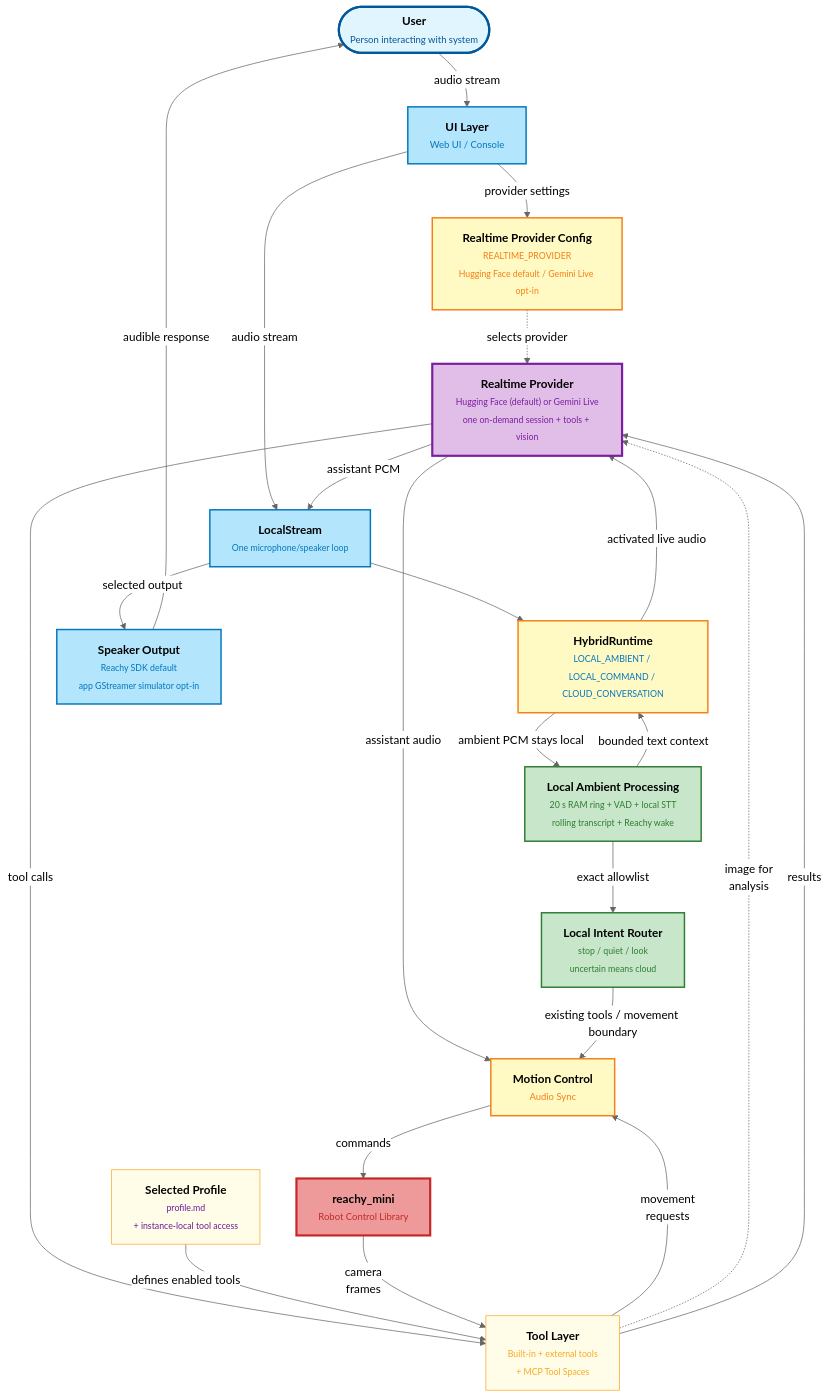
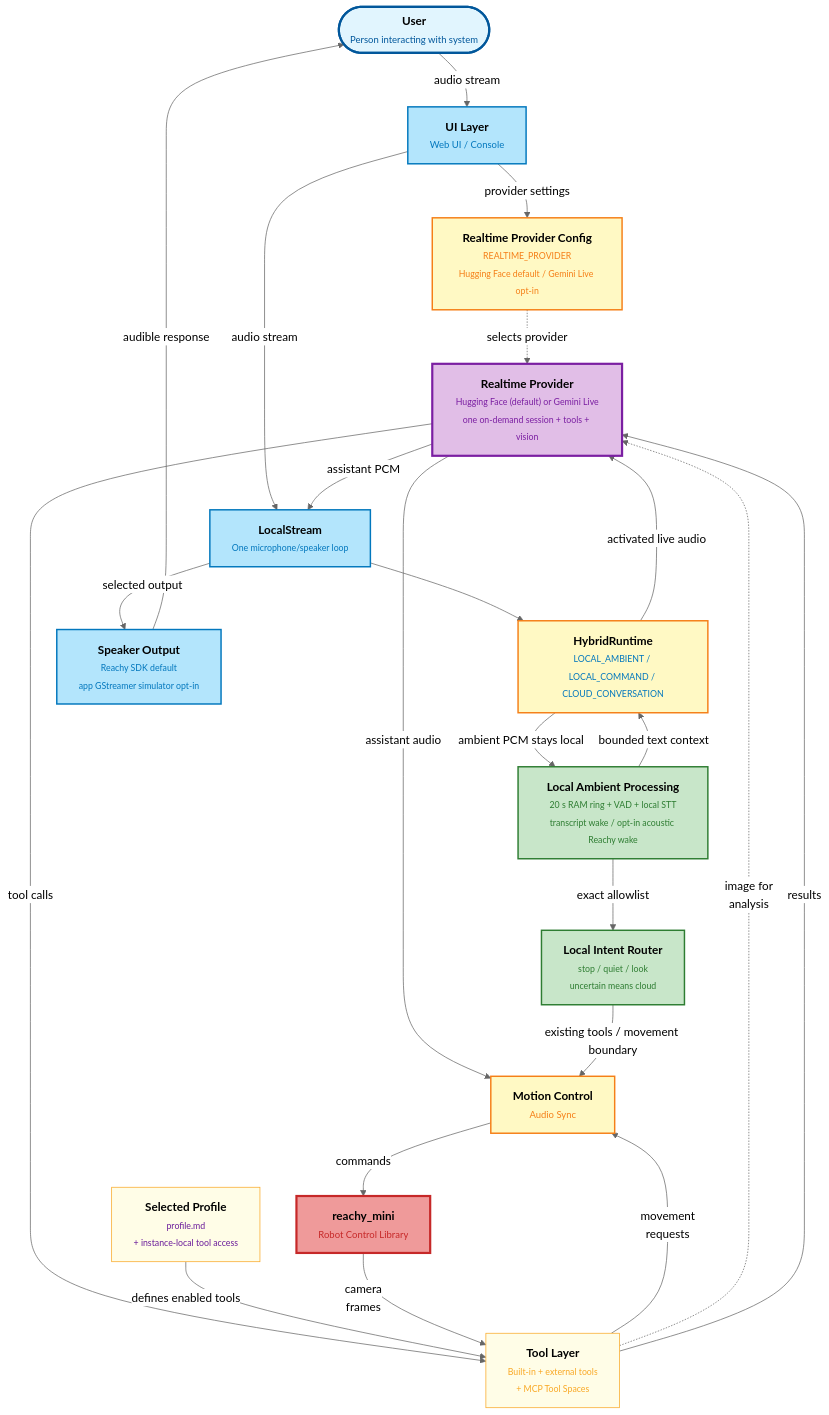
Before and after one commit to eduardoyi/reachy_mini_conversation_app: the diagram in docs/scheme.mmd, drawn with Mermaid (neutral theme). The commit also changed 47 other files, not shown here.

```diff
--- a/docs/scheme.mmd
+++ b/docs/scheme.mmd
@@ -1,84 +1,84 @@
 ---
 config:
   layout: dagre
   flowchart:
     htmlLabels: true
 ---
 flowchart TB
     User(["<span style='font-size:16px;font-weight:bold;'>User</span><br><span style='font-size:13px;color:#01579b;'>Person interacting with system</span>"])
       -- audio stream -->
     UI@{ label: "<span style='font-size:16px;font-weight:bold;'>UI Layer</span><br><span style='font-size:13px;color:#0277bd;'>Web UI / Console</span>" }
 
     Config@{ label: "<span style='font-size:16px;font-weight:bold;'>Realtime Provider Config</span><br><span style='font-size:12px;color:#f57f17;'>REALTIME_PROVIDER<br/>Hugging Face default / Gemini Live opt-in</span>" }
 
     UI -- provider settings -->
     Config
 
     UI -- audio stream -->
     Stream@{ label: "<span style='font-size:16px;font-weight:bold;'>LocalStream</span><br><span style='font-size:12px;color:#0277bd;'>One microphone/speaker loop</span>" }
 
     Stream --> Hybrid@{ label: "<span style='font-size:16px;font-weight:bold;'>HybridRuntime</span><br><span style='font-size:12px;color:#0277bd;'>LOCAL_AMBIENT / LOCAL_COMMAND / CLOUD_CONVERSATION</span>" }
 
-    Hybrid -- ambient PCM stays local --> LocalAudio@{ label: "<span style='font-size:16px;font-weight:bold;'>Local Ambient Processing</span><br><span style='font-size:12px;color:#2e7d32;'>20 s RAM ring + VAD + local STT<br/>rolling transcript + Reachy wake</span>" }
+    Hybrid -- ambient PCM stays local --> LocalAudio@{ label: "<span style='font-size:16px;font-weight:bold;'>Local Ambient Processing</span><br><span style='font-size:12px;color:#2e7d32;'>20 s RAM ring + VAD + local STT<br/>transcript wake / opt-in acoustic Reachy wake</span>" }
 
     LocalAudio -- exact allowlist --> LocalActions@{ label: "<span style='font-size:16px;font-weight:bold;'>Local Intent Router</span><br><span style='font-size:12px;color:#2e7d32;'>stop / quiet / look<br/>uncertain means cloud</span>" }
 
     LocalAudio -- bounded text context --> Hybrid
 
     Hybrid -- activated live audio --> Backend@{ label: "<span style='font-size:16px;font-weight:bold;'>Realtime Provider</span><br><span style='font-size:12px; color:#7b1fa2;'>Hugging Face (default) or Gemini Live<br/>one on-demand session + tools + vision</span>" }
 
     Config -. selects provider .-> Backend
 
     Backend -- assistant audio -->
     Motion@{ label: "<span style='font-size:16px;font-weight:bold;'>Motion Control</span><br><span style='font-size:13px;color:#f57f17;'>Audio Sync</span>" }
 
     Backend -- assistant PCM --> Stream
 
     Stream -- selected output -->
     Speaker@{ label: "<span style='font-size:16px;font-weight:bold;'>Speaker Output</span><br><span style='font-size:12px;color:#0277bd;'>Reachy SDK default<br/>app GStreamer simulator opt-in</span>" }
 
     Speaker -- audible response --> User
 
     Backend -- tool calls -->
     Handlers@{ label: "<span style='font-size:16px;font-weight:bold;'>Tool Layer</span><br><span style='font-size:12px;color:#f9a825;'>Built-in + external tools<br/>+ MCP Tool Spaces</span>" }
 
     Profiles@{ label: "<span style='font-size:16px;font-weight:bold;'>Selected Profile</span><br><span style='font-size:12px;color:#6a1b9a;'>profile.md<br/>+ instance-local tool access</span>" }
 
     Profiles -- defines enabled tools --> Handlers
 
     Handlers -- movement
     requests --> Motion
 
     LocalActions -- existing tools / movement boundary --> Motion
 
     Handlers -. image for
     analysis .-> Backend
 
     Robot@{ label: "<span style='font-size:16px;font-weight:bold;'>reachy_mini</span><br><span style='font-size:13px;color:#c62828;'>Robot Control Library</span>" }
     -- camera
     frames --> Handlers
 
     Motion -- commands --> Robot
 
     Handlers -- results --> Backend
 
      User:::userStyle
      UI:::uiStyle
      Config:::coreStyle
      Stream:::uiStyle
      Hybrid:::coreStyle
      LocalAudio:::localStyle
      LocalActions:::localStyle
      Backend:::aiStyle
      Motion:::coreStyle
      Speaker:::uiStyle
      Profiles:::toolStyle
      Handlers:::toolStyle
      Robot:::hardwareStyle
     classDef userStyle fill:#e1f5fe,stroke:#01579b,stroke-width:3px
     classDef uiStyle fill:#b3e5fc,stroke:#0277bd,stroke-width:2px
     classDef aiStyle fill:#e1bee7,stroke:#7b1fa2,stroke-width:3px
     classDef coreStyle fill:#fff9c4,stroke:#f57f17,stroke-width:2px
     classDef localStyle fill:#c8e6c9,stroke:#2e7d32,stroke-width:2px
     classDef hardwareStyle fill:#ef9a9a,stroke:#c62828,stroke-width:3px
     classDef toolStyle fill:#fffde7,stroke:#f9a825,stroke-width:1px
```
